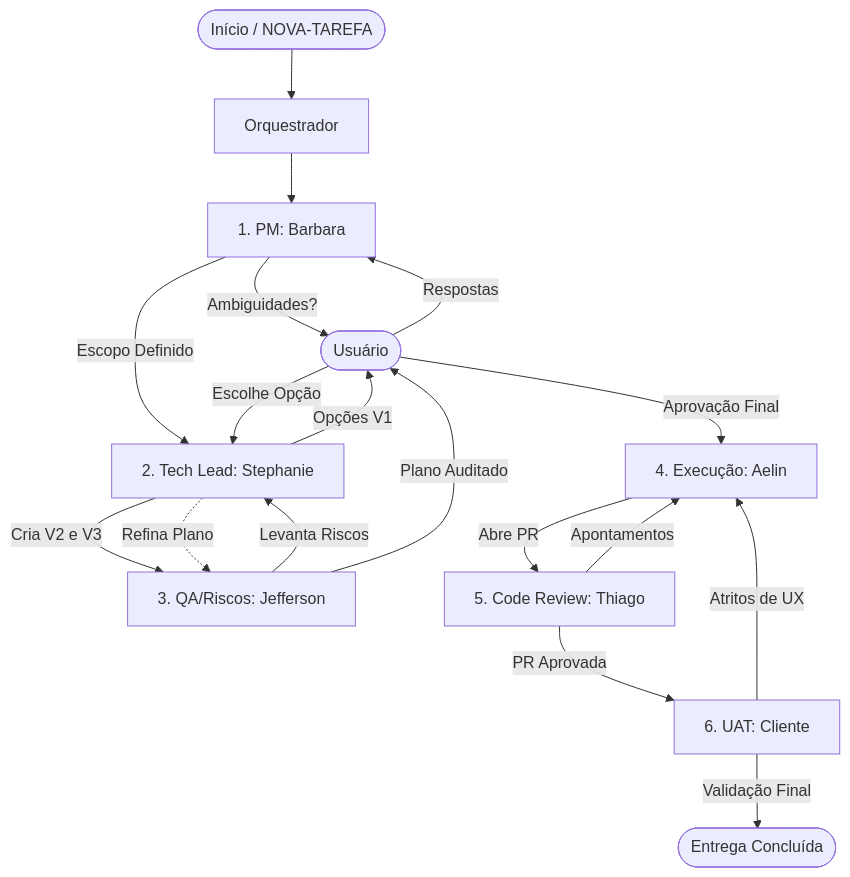
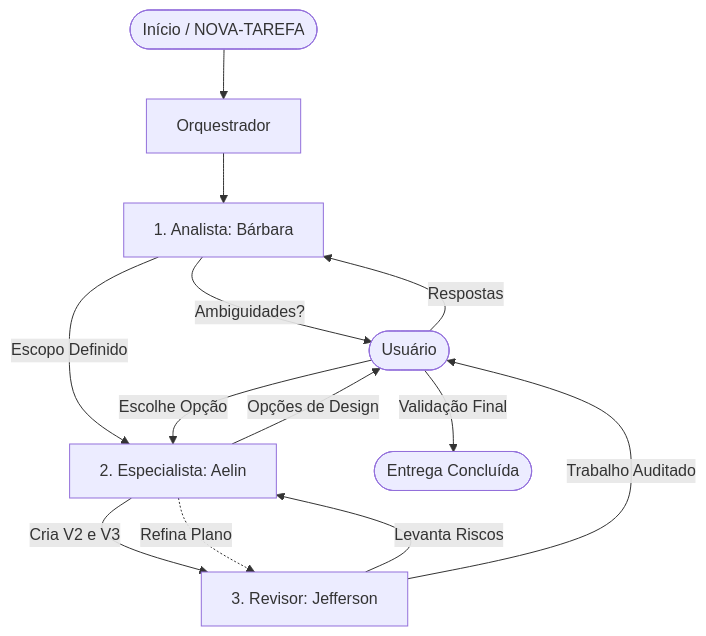
Before and after one commit to aelinrezende/pipa: the second of 2 diagrams in README.md, drawn with Mermaid. The commit also changed other lines of this file and 42 other files, not shown here.

````diff
--- a/README.md
+++ b/README.md
@@ -43,20 +43,15 @@
 ```mermaid
 graph TD
     Start([Início / NOVA-TAREFA]) --> Orquestrador[Orquestrador]
-    Orquestrador --> Barbara[1. PM: Barbara]
-    Barbara -->|Ambiguidades?| User([Usuário])
-    User -->|Respostas| Barbara
-    Barbara -->|Escopo Definido| Stephanie[2. Tech Lead: Stephanie]
-    Stephanie -->|Opções V1| User
-    User -->|Escolhe Opção| Stephanie
-    Stephanie -->|Cria V2 e V3| Jefferson[3. QA/Riscos: Jefferson]
-    Jefferson -->|Levanta Riscos| Stephanie
-    Stephanie -.->|Refina Plano| Jefferson
-    Jefferson -->|Plano Auditado| User
-    User -->|Aprovação Final| Aelin[4. Execução: Aelin]
-    Aelin -->|Abre PR| Thiago[5. Code Review: Thiago]
-    Thiago -->|Apontamentos| Aelin
-    Thiago -->|PR Aprovada| Cliente[6. UAT: Cliente]
-    Cliente -->|Atritos de UX| Aelin
-    Cliente -->|Validação Final| End([Entrega Concluída])
+    Orquestrador --> PM[1. Analista: Bárbara]
+    PM -->|Ambiguidades?| User([Usuário])
+    User -->|Respostas| PM
+    PM -->|Escopo Definido| Creator[2. Especialista: Aelin]
+    Creator -->|Opções de Design| User
+    User -->|Escolhe Opção| Creator
+    Creator -->|Cria V2 e V3| Reviewer[3. Revisor: Jefferson]
+    Reviewer -->|Levanta Riscos| Creator
+    Creator -.->|Refina Plano| Reviewer
+    Reviewer -->|Trabalho Auditado| User
+    User -->|Validação Final| End([Entrega Concluída])
 ```
````
